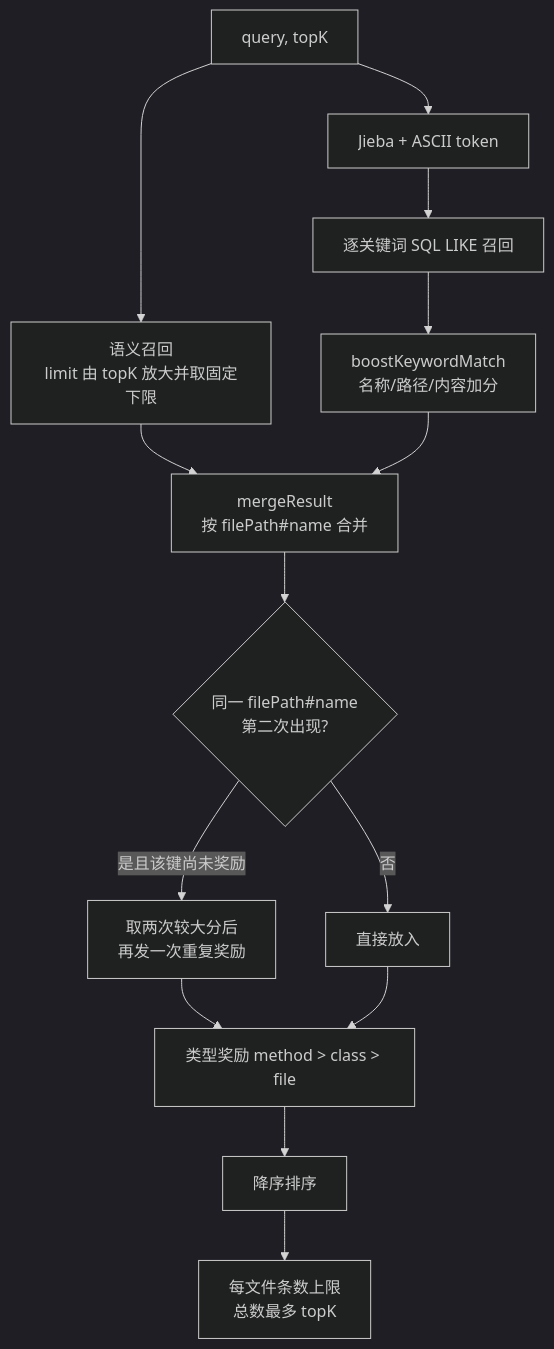
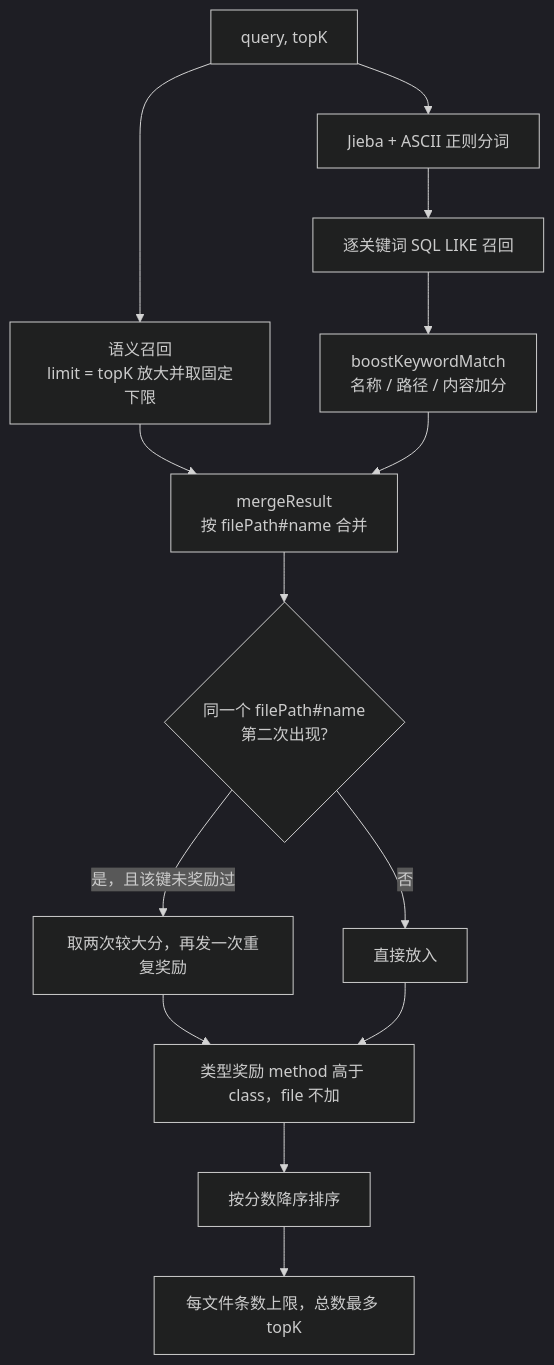
The third of 3 diagrams in docs/dev/04-code-rag-graph.md (zgjdev/Code-Agent), drawn with Mermaid (dark theme) before and after one commit. The commit also changed other lines of this file and 5 other files, not shown here.

````diff
--- a/docs/dev/04-code-rag-graph.md
+++ b/docs/dev/04-code-rag-graph.md
@@ -226,16 +536,16 @@
 ```mermaid
 flowchart TD
-    Q[query, topK] --> S[语义召回<br/>limit 由 topK 放大并取固定下限]
-    Q --> T[Jieba + ASCII token]
+    Q[query, topK] --> S[语义召回<br/>limit = topK 放大并取固定下限]
+    Q --> T[Jieba + ASCII 正则分词]
     T --> K[逐关键词 SQL LIKE 召回]
-    K --> B[boostKeywordMatch<br/>名称/路径/内容加分]
+    K --> B[boostKeywordMatch<br/>名称 / 路径 / 内容加分]
     S --> M[mergeResult<br/>按 filePath#name 合并]
     B --> M
-    M --> D{同一 filePath#name<br/>第二次出现?}
-    D -->|是且该键尚未奖励| X[取两次较大分后<br/>再发一次重复奖励]
+    M --> D{同一个 filePath#name<br/>第二次出现?}
+    D -->|是，且该键未奖励过| X[取两次较大分，再发一次重复奖励]
     D -->|否| Y[直接放入]
-    X --> C[类型奖励 method > class > file]
+    X --> C[类型奖励 method 高于 class，file 不加]
     Y --> C
-    C --> R[降序排序]
-    R --> L[每文件条数上限<br/>总数最多 topK]
+    C --> R[按分数降序排序]
+    R --> L[每文件条数上限，总数最多 topK]
 ```
````
